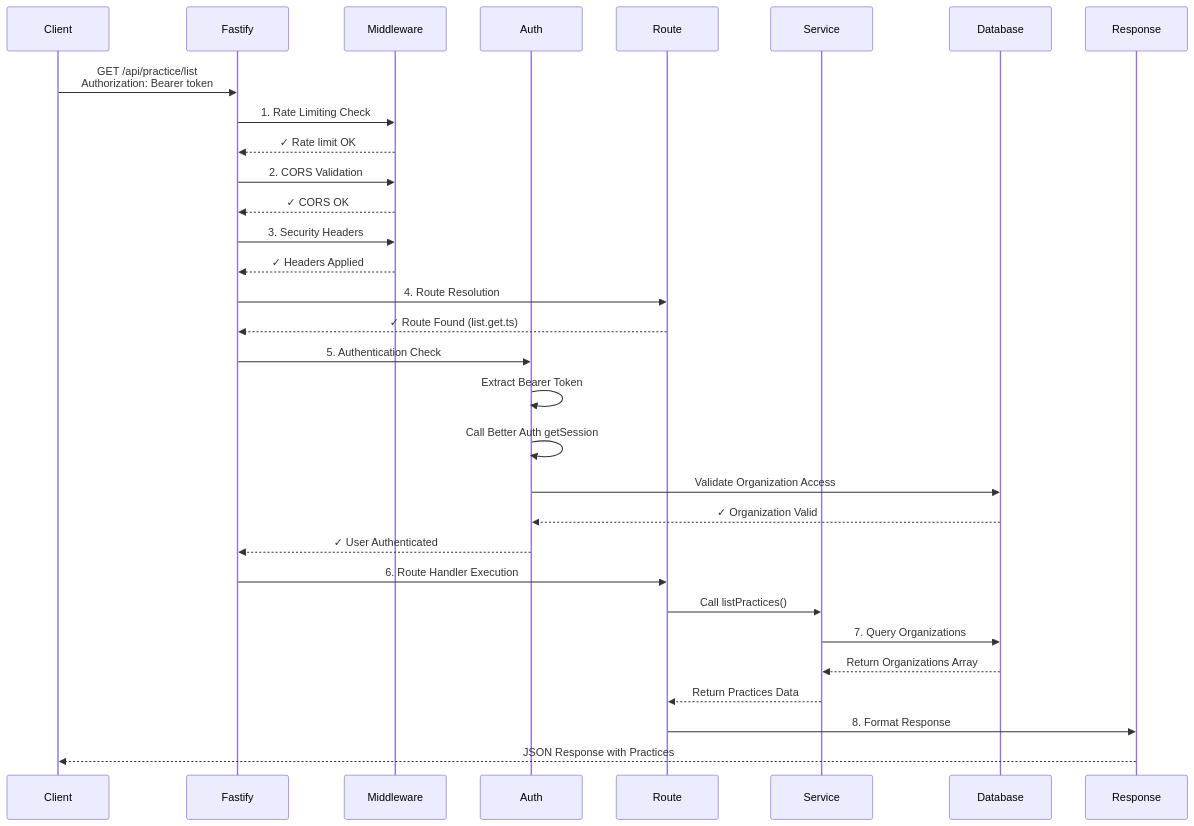
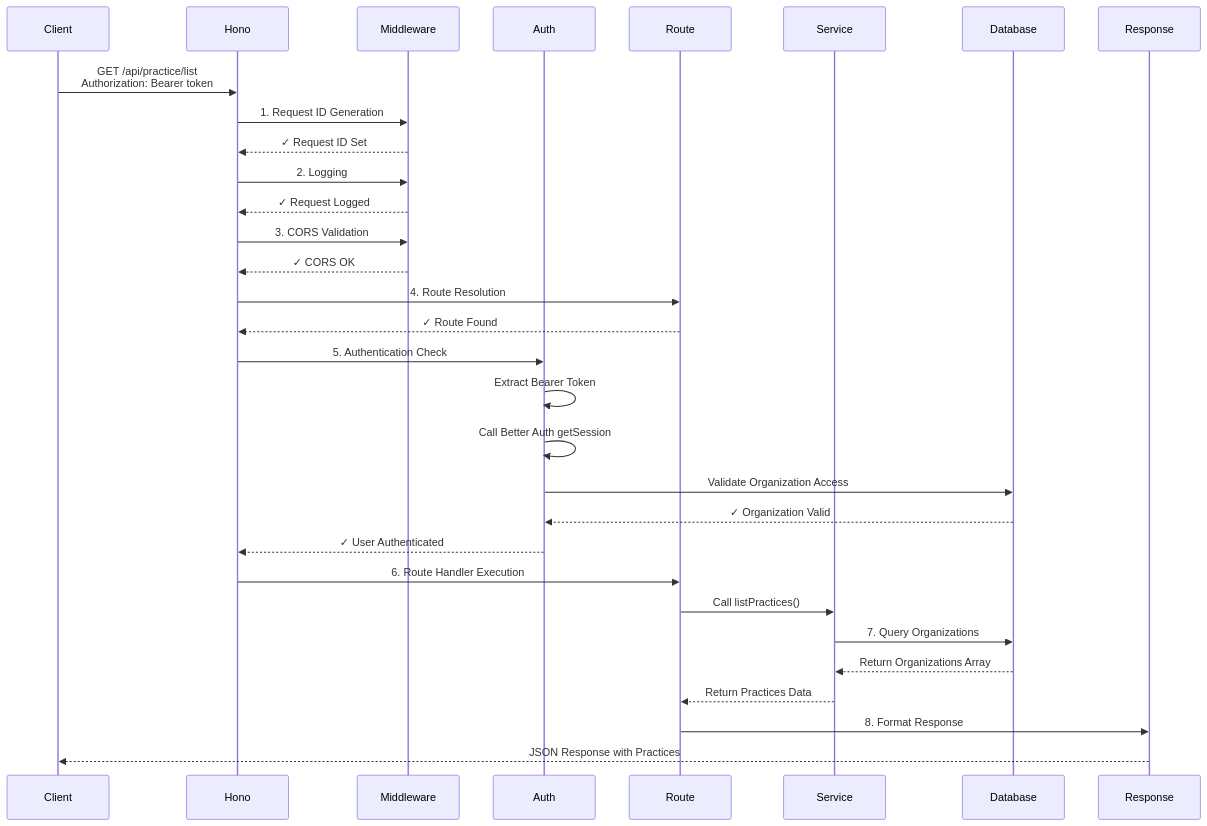
Before and after one commit to Blawby/blawby-backend: the fourth of 24 diagrams in README.md, drawn with Mermaid. The commit also changed other lines of this file and 8 other files, not shown here.

Commit message:
refactor: Update documentation and middleware for Hono integration

````diff
--- a/README.md
+++ b/README.md
@@ -234,42 +238,42 @@
 ```mermaid
 sequenceDiagram
     participant Client
-    participant Fastify
+    participant Hono
     participant Middleware
     participant Auth
     participant Route
     participant Service
     participant Database
     participant Response
 
-    Client->>Fastify: GET /api/practice/list<br/>Authorization: Bearer token
+    Client->>Hono: GET /api/practice/list<br/>Authorization: Bearer token
 
-    Fastify->>Middleware: 1. Rate Limiting Check
-    Middleware-->>Fastify: ✓ Rate limit OK
+    Hono->>Middleware: 1. Request ID Generation
+    Middleware-->>Hono: ✓ Request ID Set
 
-    Fastify->>Middleware: 2. CORS Validation
-    Middleware-->>Fastify: ✓ CORS OK
+    Hono->>Middleware: 2. Logging
+    Middleware-->>Hono: ✓ Request Logged
 
-    Fastify->>Middleware: 3. Security Headers
-    Middleware-->>Fastify: ✓ Headers Applied
+    Hono->>Middleware: 3. CORS Validation
+    Middleware-->>Hono: ✓ CORS OK
 
-    Fastify->>Route: 4. Route Resolution
-    Route-->>Fastify: ✓ Route Found (list.get.ts)
+    Hono->>Route: 4. Route Resolution
+    Route-->>Hono: ✓ Route Found
 
-    Fastify->>Auth: 5. Authentication Check
+    Hono->>Auth: 5. Authentication Check
     Auth->>Auth: Extract Bearer Token
     Auth->>Auth: Call Better Auth getSession
     Auth->>Database: Validate Organization Access
     Database-->>Auth: ✓ Organization Valid
-    Auth-->>Fastify: ✓ User Authenticated
+    Auth-->>Hono: ✓ User Authenticated
 
-    Fastify->>Route: 6. Route Handler Execution
+    Hono->>Route: 6. Route Handler Execution
     Route->>Service: Call listPractices()
 
     Service->>Database: 7. Query Organizations
     Database-->>Service: Return Organizations Array
 
     Service-->>Route: Return Practices Data
     Route->>Response: 8. Format Response
     Response-->>Client: JSON Response with Practices
 ```
````
